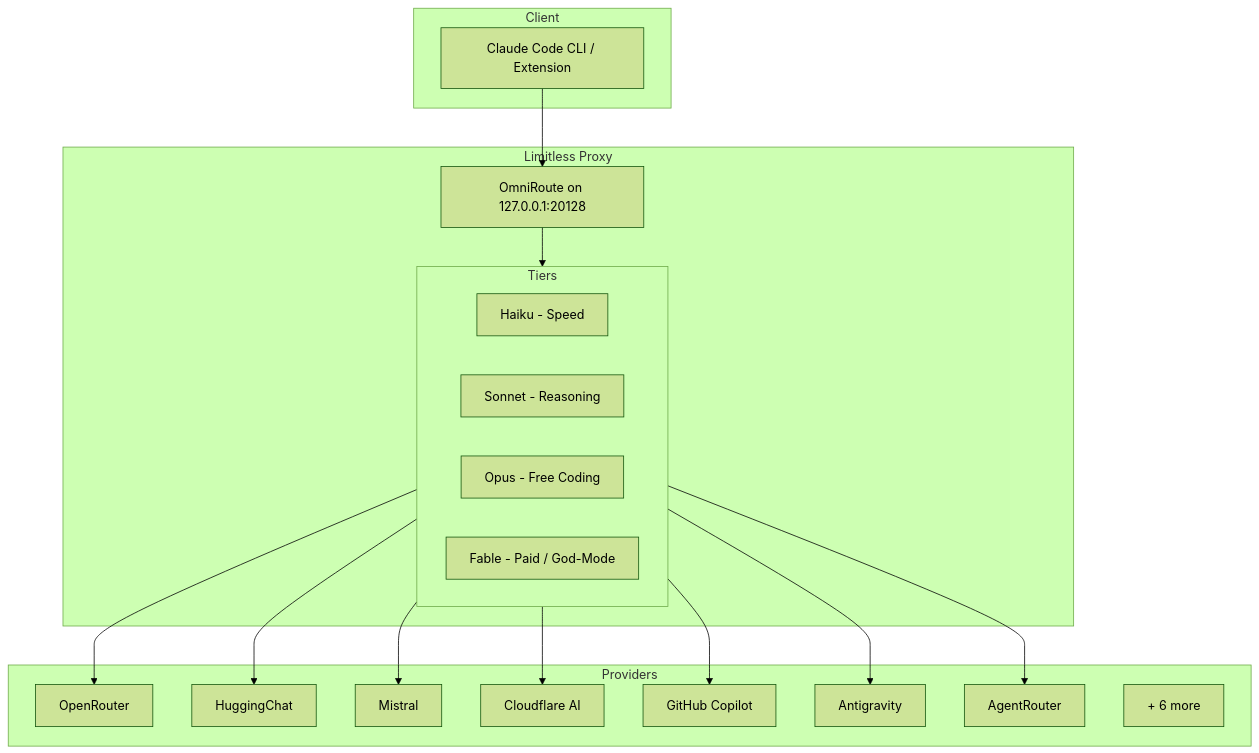
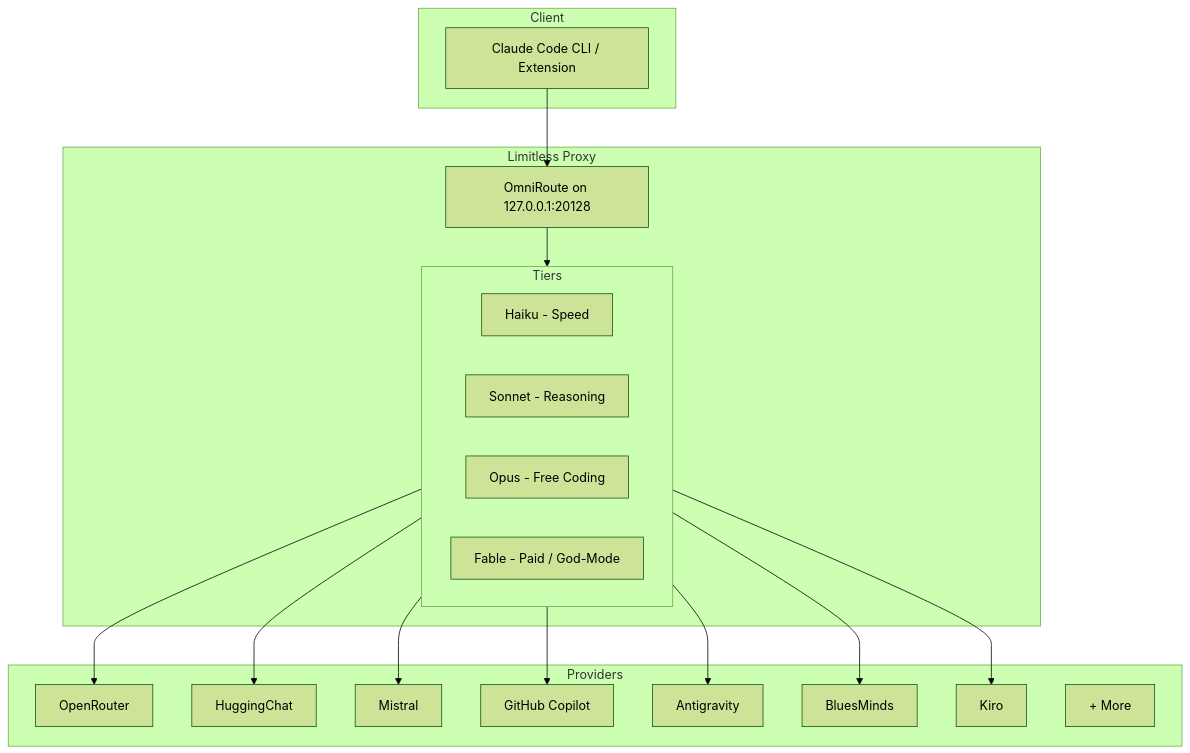
One commit to mahik504/limitless-claude changed the diagram in README.md. Above: the diagram before and after it, drawn with Mermaid (forest theme). The commit also changed other lines of this file and 3 other files, not shown here.

Commit message:
v4.3.2: Complete Architecture Overhaul (Load Balancing, Latency Fixes, Grounded Prompts)

````diff
--- a/README.md
+++ b/README.md
@@ -28,37 +19,37 @@
 ```mermaid
 flowchart TD
     subgraph Client
         CC[Claude Code CLI / Extension]
     end
 
     subgraph Limitless Proxy
         OR[OmniRoute on 127.0.0.1:20128]
         subgraph Tiers
             H[Haiku - Speed]
             S[Sonnet - Reasoning]
             O[Opus - Free Coding]
             F[Fable - Paid / God-Mode]
         end
     end
 
     subgraph Providers
         P1[OpenRouter]
         P2[HuggingChat]
         P3[Mistral]
-        P4[Cloudflare AI]
-        P5[GitHub Copilot]
-        P6[Antigravity]
-        P7[AgentRouter]
-        P8[+ 6 more]
+        P4[GitHub Copilot]
+        P5[Antigravity]
+        P6[BluesMinds]
+        P7[Kiro]
+        P8[+ More]
     end
 
     CC --> OR
     OR --> Tiers
     Tiers --> P1
     Tiers --> P2
     Tiers --> P3
     Tiers --> P4
     Tiers --> P5
     Tiers --> P6
     Tiers --> P7
 ```
````
